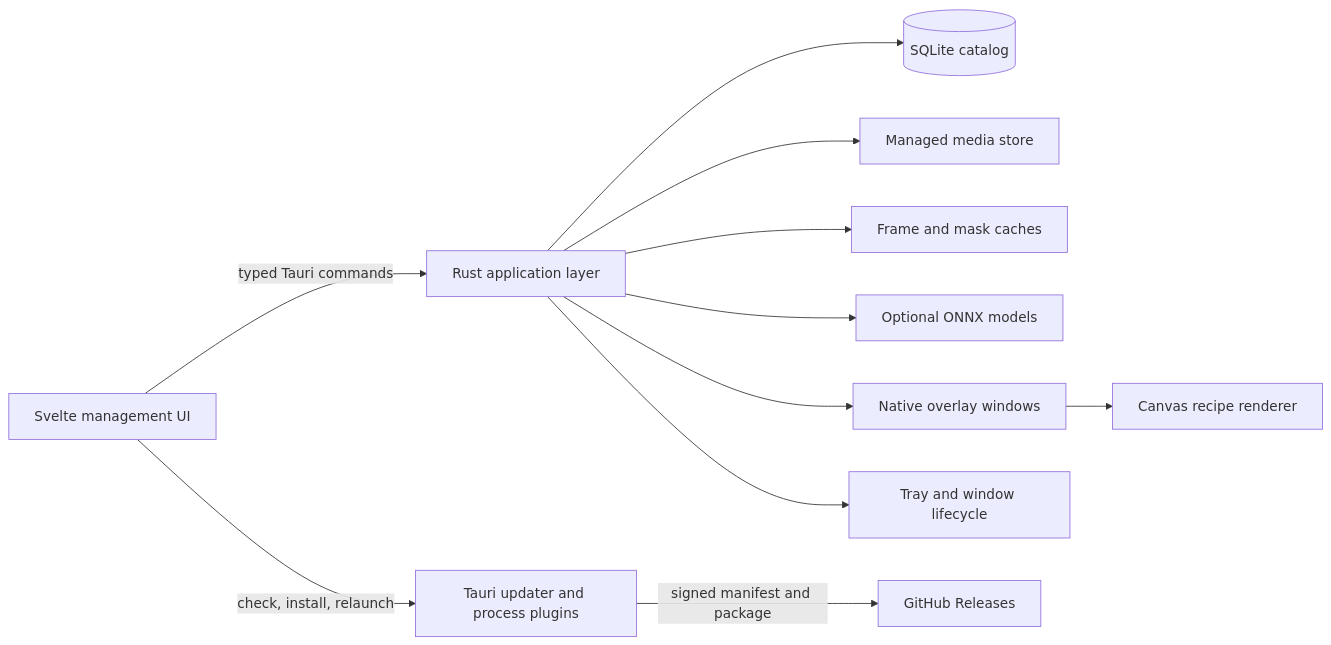
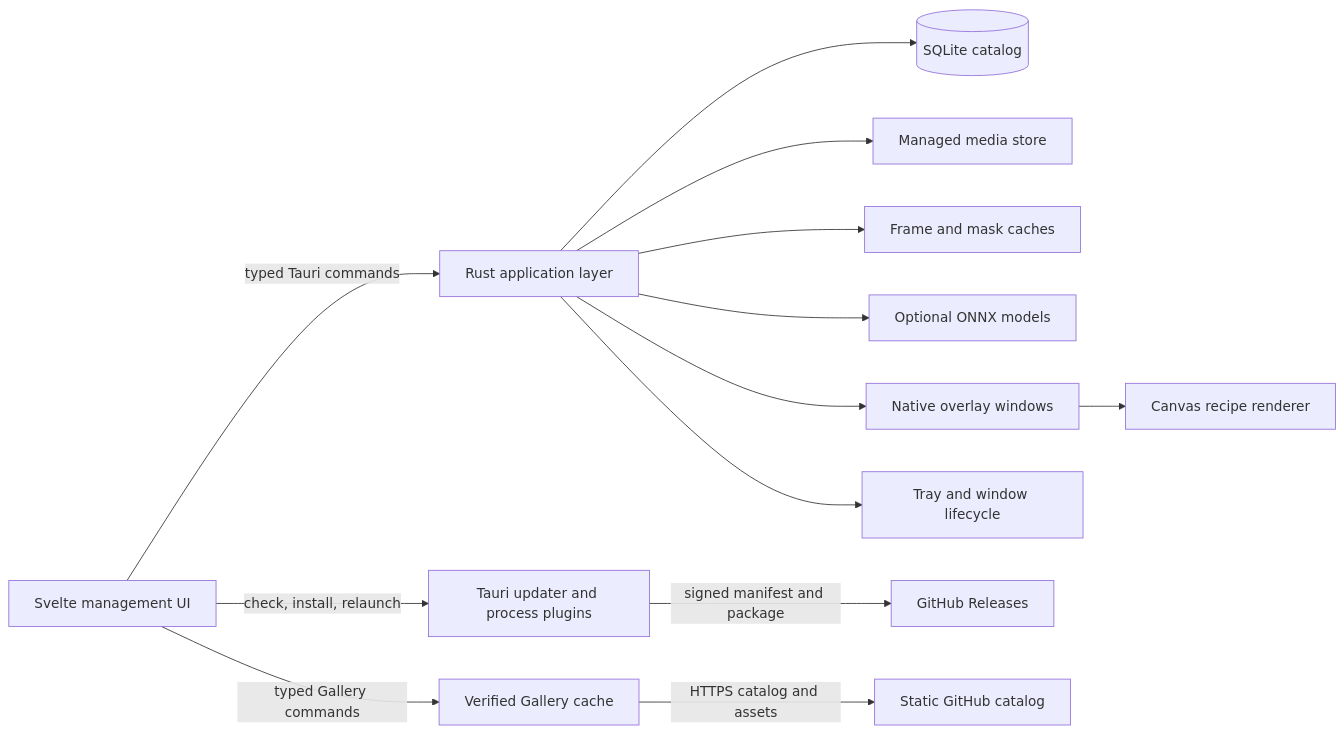
Before and after one commit to bayurifkialghifari/lumadesk: the diagram in architecture.md, drawn with Mermaid. The commit also changed other lines of this file and 6 other files, not shown here.

Commit message:
docs(gallery): document catalog and contributions

````diff
--- a/architecture.md
+++ b/architecture.md
@@ -7,13 +7,15 @@
 ```mermaid
 flowchart LR
   UI[Svelte management UI] -->|typed Tauri commands| APP[Rust application layer]
   APP --> DB[(SQLite catalog)]
   APP --> MEDIA[Managed media store]
   APP --> CACHE[Frame and mask caches]
   APP --> AI[Optional ONNX models]
   APP --> WINDOWS[Native overlay windows]
   WINDOWS --> RENDER[Canvas recipe renderer]
   APP --> LIFECYCLE[Tray and window lifecycle]
   UI -->|check, install, relaunch| UPDATER[Tauri updater and process plugins]
   UPDATER -->|signed manifest and package| RELEASES[GitHub Releases]
+  UI -->|typed Gallery commands| GALLERY[Verified Gallery cache]
+  GALLERY -->|HTTPS catalog and assets| STATIC[Static GitHub catalog]
 ```
````
